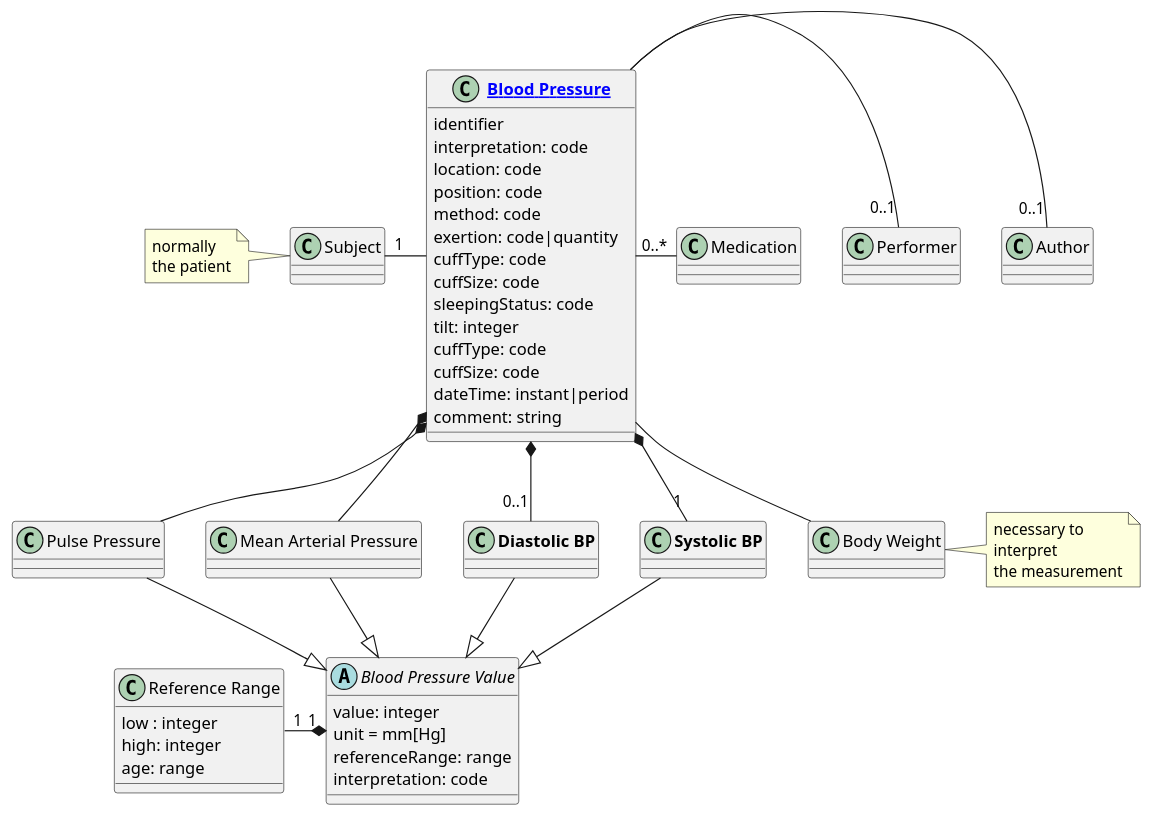
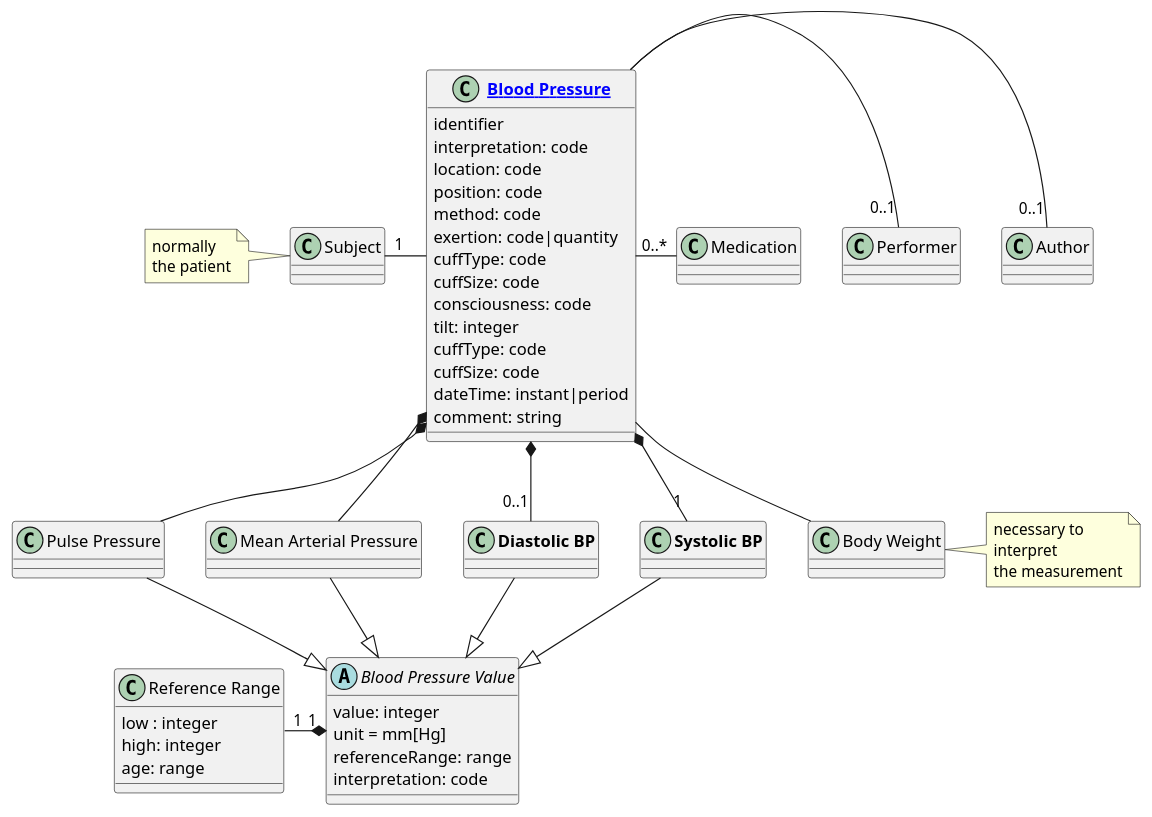
One commit to frankoemig/vital-signs-demo changed the diagram in input/images-source/bloodpressure_im.plantuml. Above: the diagram before and after it, drawn with PlantUML. The commit also changed 8 other files, not shown here.

```diff
--- a/input/images-source/bloodpressure_im.plantuml
+++ b/input/images-source/bloodpressure_im.plantuml
@@ -1,70 +1,70 @@
 @startuml
 
 class "**[[StructureDefinition-BloodPressure.html Blood Pressure]]**" as bp {
     identifier
     interpretation: code
     location: code
     position: code
     method: code
     exertion: code|quantity
     cuffType: code
     cuffSize: code
-    sleepingStatus: code
+    consciousness: code
     tilt: integer
     cuffType: code
     cuffSize: code
     dateTime: instant|period
     comment: string
 }
 
 abstract class "Blood Pressure Value" as bpv {
     value: integer
     unit = mm[Hg]
     referenceRange: range
     interpretation: code
 }
 
 class "**Systolic BP**" as syst
 class "**Diastolic BP**" as diast
 class "Mean Arterial Pressure" as mabp
 class "Pulse Pressure" as pbp
 
 class "Reference Range" as rr {
     low : integer
     high: integer
     age: range
 }
 
 class "Body Weight" as bw
 Note right of bw
 necessary to
 interpret
 the measurement
 end Note
 class "Medication" as med
 class "Author" as a
 class "Performer" as p
 class "Subject" as s
 Note left of s
 normally
 the patient
 end Note
 
 bpv <|-up- syst
 bpv <|-up- diast
 bpv <|-up- mabp
 bpv <|-up- pbp
 bpv "1" *-left- "1" rr
 
 bp -right- "0..1" a
 bp -right- "0..1" p
 bp -left- "1" s
 bp -- bw
 bp -right- "0..*" med
 
 bp *-- "1" syst
 bp *-- "0..1" diast
 bp *-- mabp
 bp *-- pbp
 
 @enduml
```
